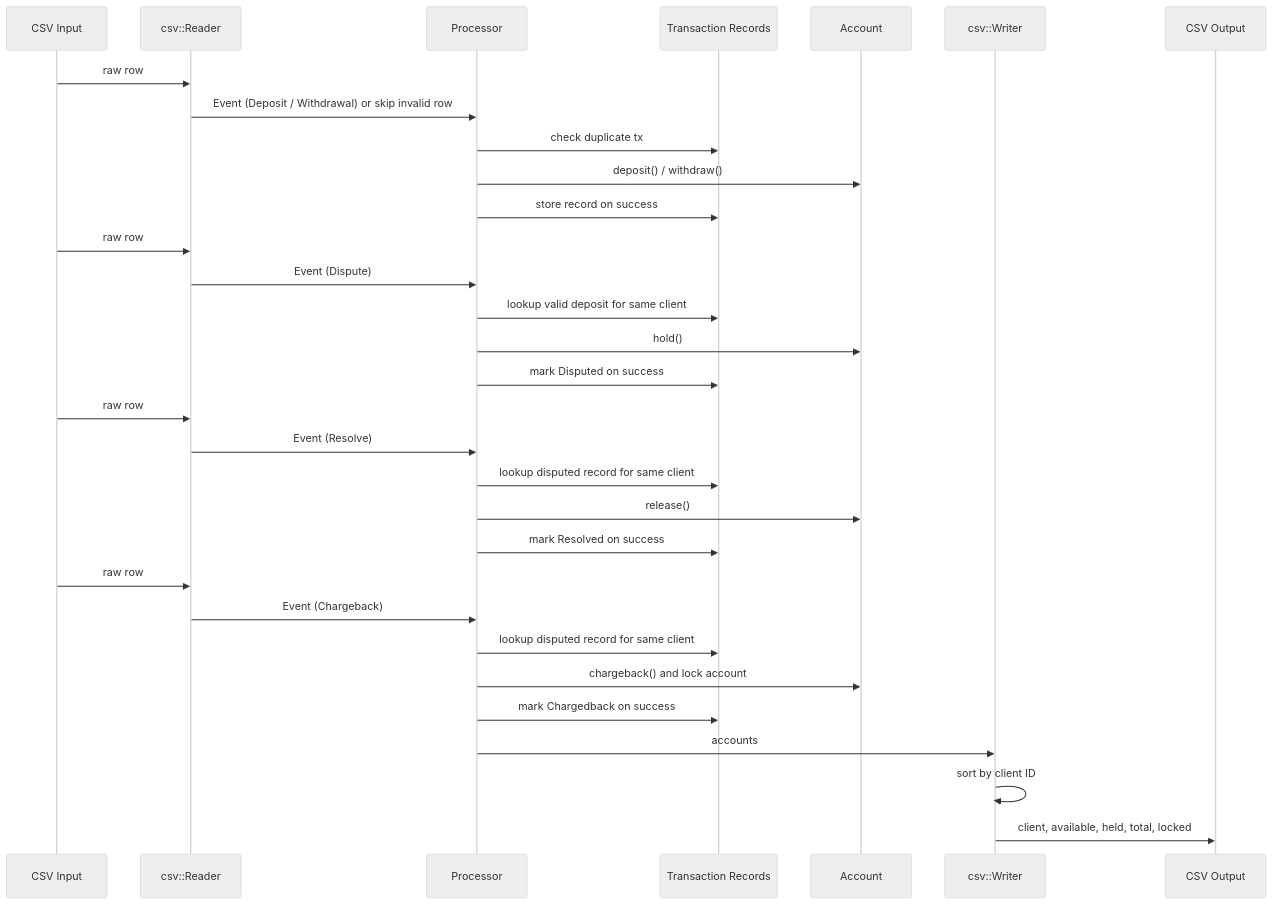
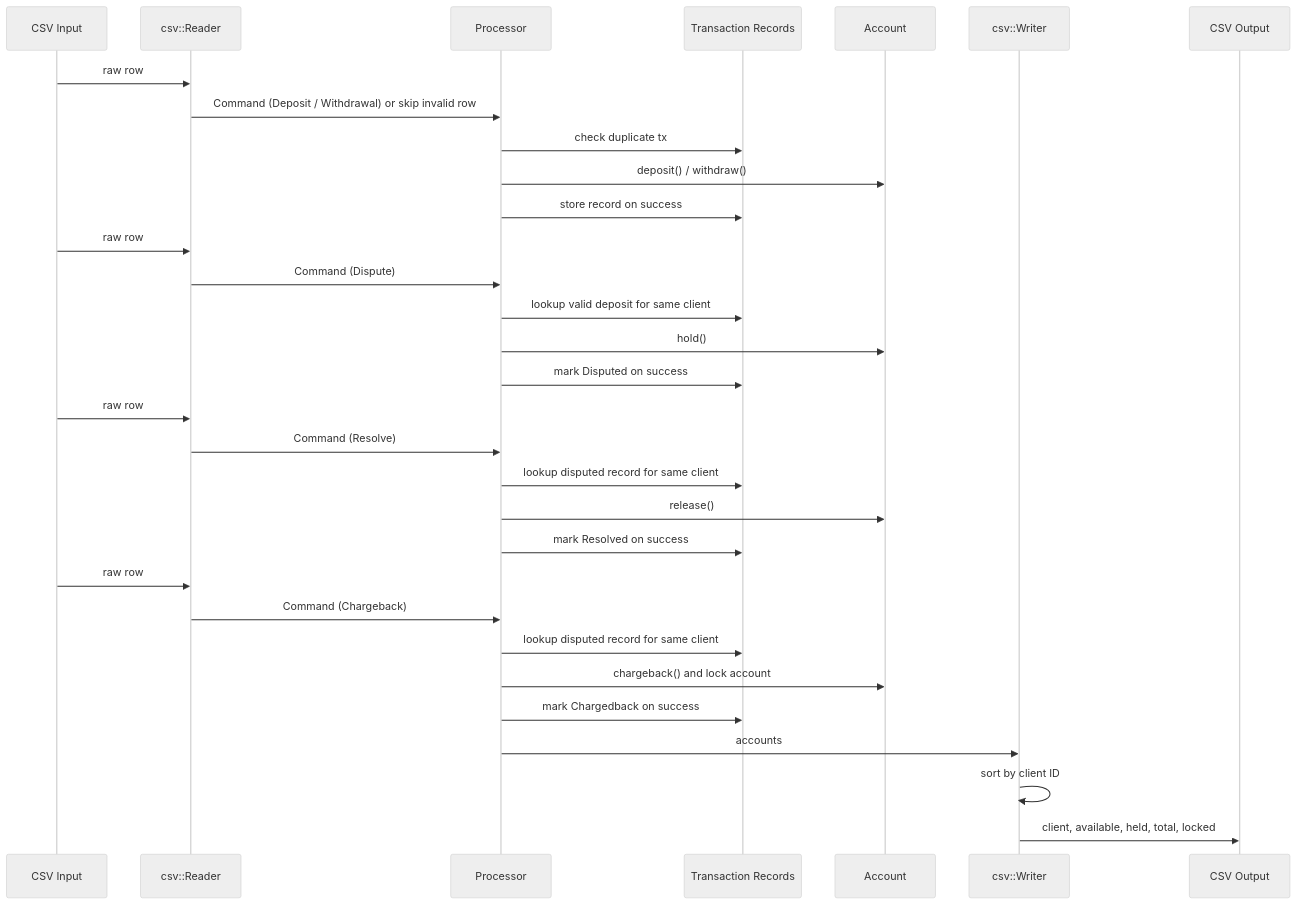
Before and after one commit to leonardorudolfocardoso/themis: the diagram in README.md, drawn with Mermaid (neutral theme). The commit also changed other lines of this file and 6 other files, not shown here.

Commit message:
refactor: rename input event to command

````diff
--- a/README.md
+++ b/README.md
@@ -75,38 +75,38 @@
 ```mermaid
 sequenceDiagram
     participant CSV as CSV Input
     participant Reader as csv::Reader
     participant Processor
     participant Records as Transaction Records
     participant Account
     participant Writer as csv::Writer
     participant Out as CSV Output
 
     CSV->>Reader: raw row
-    Reader->>Processor: Event (Deposit / Withdrawal) or skip invalid row
+    Reader->>Processor: Command (Deposit / Withdrawal) or skip invalid row
     Processor->>Records: check duplicate tx
     Processor->>Account: deposit() / withdraw()
     Processor->>Records: store record on success
 
     CSV->>Reader: raw row
-    Reader->>Processor: Event (Dispute)
+    Reader->>Processor: Command (Dispute)
     Processor->>Records: lookup valid deposit for same client
     Processor->>Account: hold()
     Processor->>Records: mark Disputed on success
 
     CSV->>Reader: raw row
-    Reader->>Processor: Event (Resolve)
+    Reader->>Processor: Command (Resolve)
     Processor->>Records: lookup disputed record for same client
     Processor->>Account: release()
     Processor->>Records: mark Resolved on success
 
     CSV->>Reader: raw row
-    Reader->>Processor: Event (Chargeback)
+    Reader->>Processor: Command (Chargeback)
     Processor->>Records: lookup disputed record for same client
     Processor->>Account: chargeback() and lock account
     Processor->>Records: mark Chargedback on success
 
     Processor->>Writer: accounts
     Writer->>Writer: sort by client ID
     Writer->>Out: client, available, held, total, locked
 ```
````
